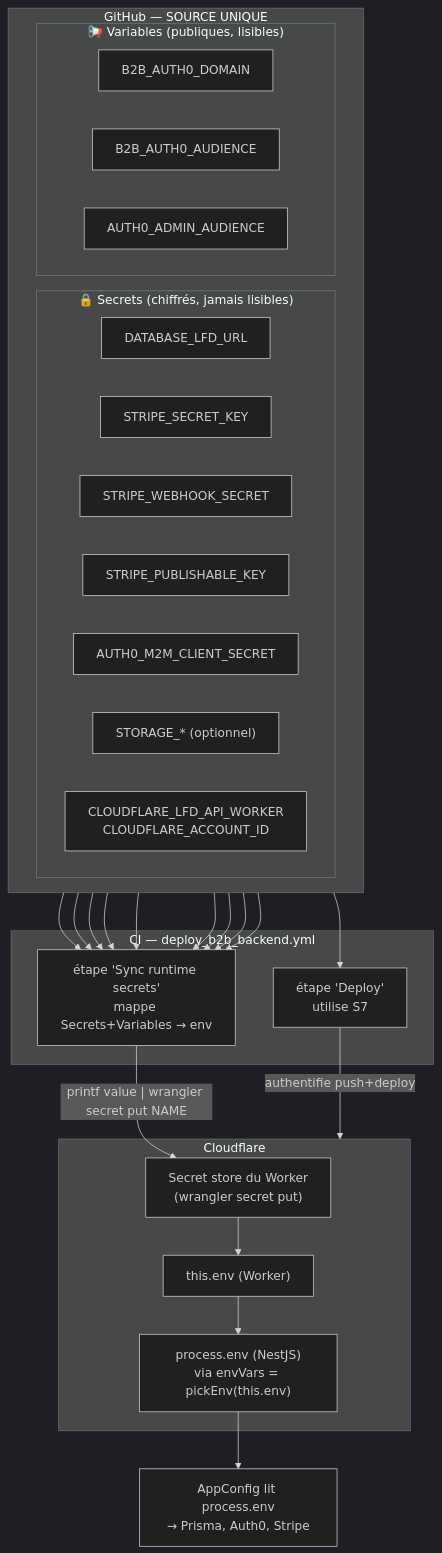
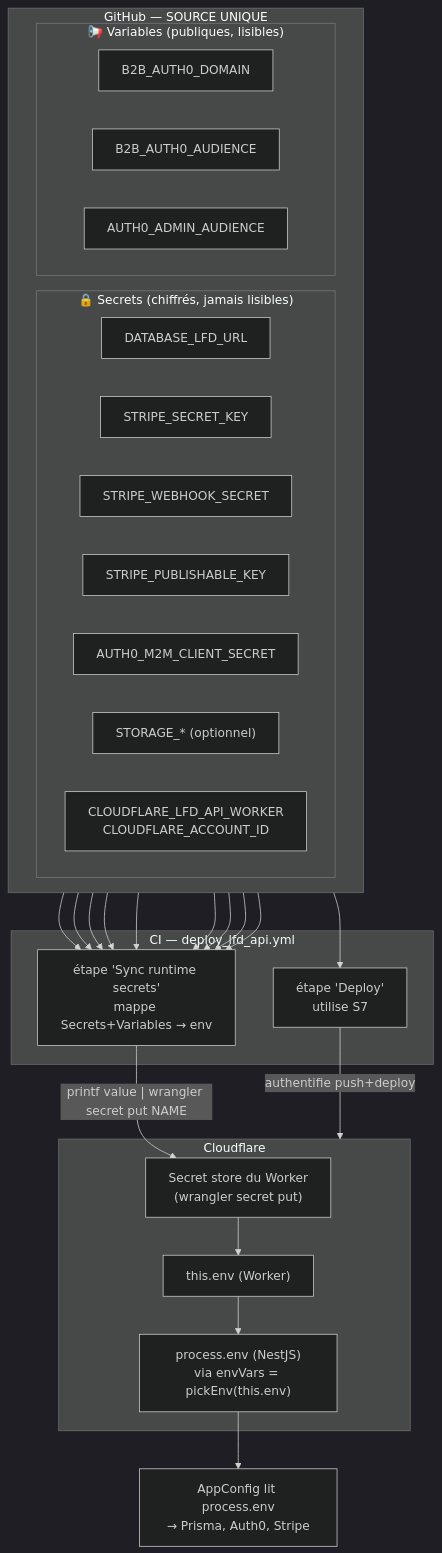
One commit to hugoheynard/lfd changed the third of 6 diagrams in documentation/b2b/b2b_backend_deploy.md. Above: the diagram before and after it, drawn with Mermaid (dark theme). The commit also changed other lines of this file and 20 other files, not shown here.

````diff
--- a/documentation/b2b/b2b_backend_deploy.md
+++ b/documentation/b2b/b2b_backend_deploy.md
@@ -109,48 +109,48 @@
 ```mermaid
 flowchart TB
     subgraph gh["GitHub — SOURCE UNIQUE"]
         direction LR
         subgraph ghs["🔒 Secrets (chiffrés, jamais lisibles)"]
             S1["DATABASE_LFD_URL"]
             S2["STRIPE_SECRET_KEY"]
             S3["STRIPE_WEBHOOK_SECRET"]
             S4["STRIPE_PUBLISHABLE_KEY"]
             S5["AUTH0_M2M_CLIENT_SECRET"]
             S6["STORAGE_* (optionnel)"]
             S7["CLOUDFLARE_LFD_API_WORKER<br/>CLOUDFLARE_ACCOUNT_ID"]
         end
         subgraph ghv["📢 Variables (publiques, lisibles)"]
             V1["B2B_AUTH0_DOMAIN"]
             V2["B2B_AUTH0_AUDIENCE"]
             V3["AUTH0_ADMIN_AUDIENCE"]
         end
     end
 
-    subgraph ci["CI — deploy_b2b_backend.yml"]
+    subgraph ci["CI — deploy_lfd_api.yml"]
         DEP["étape 'Deploy'<br/>utilise S7"]
         SYNC["étape 'Sync runtime secrets'<br/>mappe Secrets+Variables → env"]
     end
 
     subgraph cf["Cloudflare"]
         WSEC["Secret store du Worker<br/>(wrangler secret put)"]
         ENV["this.env (Worker)"]
         PROC["process.env (NestJS)<br/>via envVars = pickEnv(this.env)"]
     end
 
     S7 --> DEP
     S1 --> SYNC
     S2 --> SYNC
     S3 --> SYNC
     S4 --> SYNC
     S5 --> SYNC
     S6 --> SYNC
     V1 --> SYNC
     V2 --> SYNC
     V3 --> SYNC
 
     DEP -->|"authentifie push+deploy"| cf
     SYNC -->|"printf value | wrangler secret put NAME"| WSEC
     WSEC --> ENV
     ENV --> PROC
     PROC --> APP["AppConfig lit process.env<br/>→ Prisma, Auth0, Stripe"]
 ```
````
